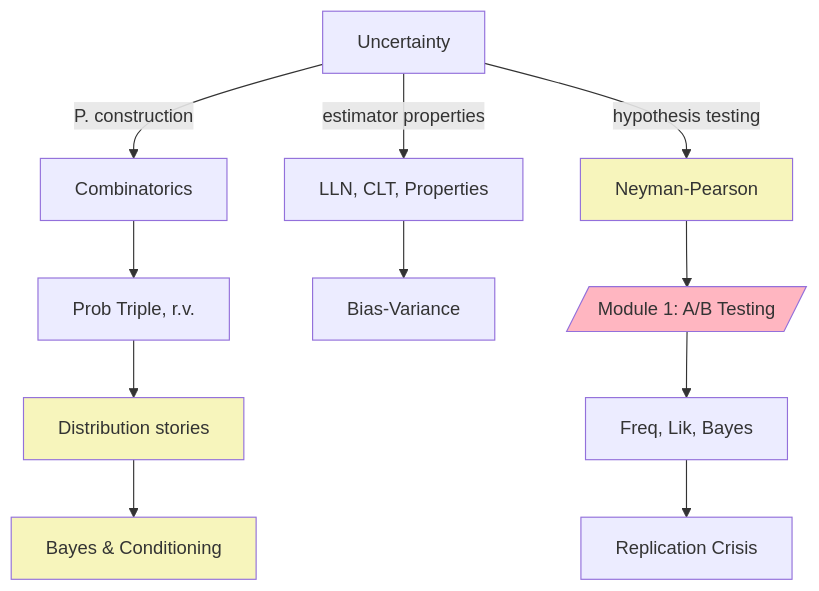
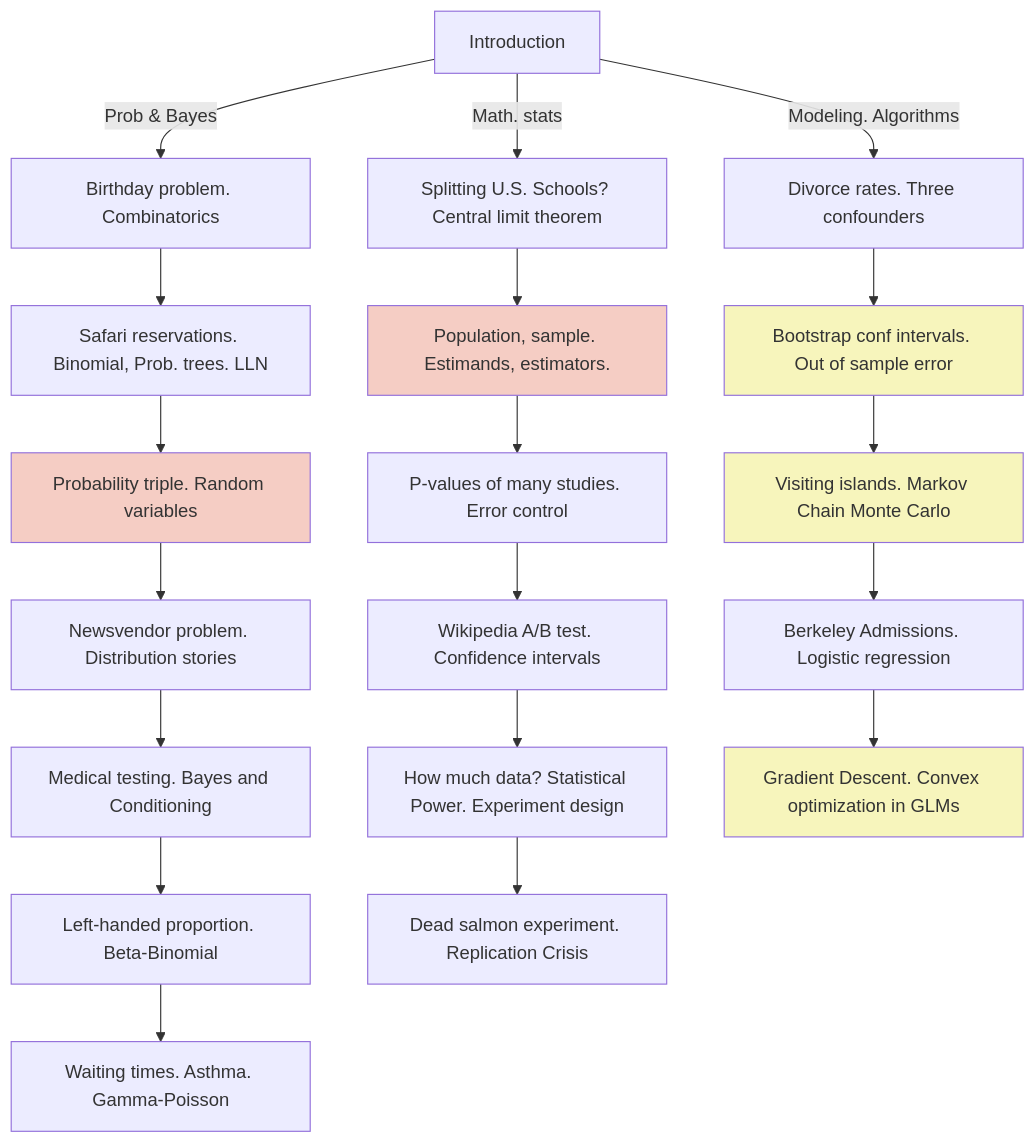
One commit to Bizovi/decision-making-website changed the diagram in course_book/01_fundamentals/prob_study_guide.qmd. Above: the diagram before and after it, drawn with Mermaid. The commit also changed other lines of this file, not shown here.

Commit message:
Change intro to probability study guide

````diff
--- a/course_book/01_fundamentals/prob_study_guide.qmd
+++ b/course_book/01_fundamentals/prob_study_guide.qmd
@@ -18,20 +59,21 @@
 ```{mermaid}
 %%| label: fig-mermaid
 %%| fig-width: 9
 %%| fig-cap: |
-%%|   A mind map of lectures grouped by theme so you can navigate the study guide easier. See below all the topics, case-studies, references, and readings for each chapter or lecture.
+%%|    Lectures in pink are purely theoretical. Lectures in yellow present the most important algorithms for estimating our workhorse models. The vast majority involve coding and data analysis
 
 flowchart TD
 
-    U[Uncertainty] -- P. construction --> Comb[Combinatorics] --> PTr[Prob Triple, r.v.] --> RV[Distribution stories] --> B[Bayes & Conditioning]
+    U[Introduction] -- Prob & Bayes --> Comb[Birthday problem. Combinatorics] --> PTr[Safari reservations. Binomial, Prob. trees. LLN] --> RVAR[Probability triple. Random variables]  --> NEWS[Newsvendor problem. Distribution stories] --> B[Medical testing. Bayes and Conditioning] --> BB[Left-handed proportion. Beta-Binomial] --> GP[Waiting times. Asthma. Gamma-Poisson ]
 
-    U -- estimator properties --> E[LLN, CLT, Properties] --> BV[Bias-Variance]
+    U -- Math. stats --> E[Splitting U.S. Schools? Central limit theorem] --> SM[Population, sample. Estimands, estimators. ] --> PV[ P-values of many studies. Error control]  --> CI[Wikipedia A/B test. Confidence intervals] --> PC[How much data? Statistical Power. Experiment design]  --> RC[Dead salmon experiment. Replication Crisis] 
 
-    U -- hypothesis testing --> NP[Neyman-Pearson] --> M1[/Module 1: A/B Testing/] --> Persp[Freq, Lik, Bayes] --> RC[Replication Crisis]
+    U -- Modeling. Algorithms --> EC[Divorce rates. Three confounders] --> BV[Bootstrap conf intervals. Out of sample error] --> MCMC[Visiting islands. Markov Chain Monte Carlo] --> UCLA[Berkeley Admissions. Logistic regression] --> OPT[Gradient Descent. Convex optimization in GLMs] 
 
-    style RV fill:#f7f5bc
-    style B fill:#f7f5bc
-    style NP fill:#f7f5bc
+    style MCMC fill:#f7f5bc
+    style OPT fill:#f7f5bc
+    style BV fill:#f7f5bc
 
-    style M1 fill:#ffb6c1
+    style RVAR fill:#f5cdc4 
+    style SM fill:#f5cdc4 
 ```
````
